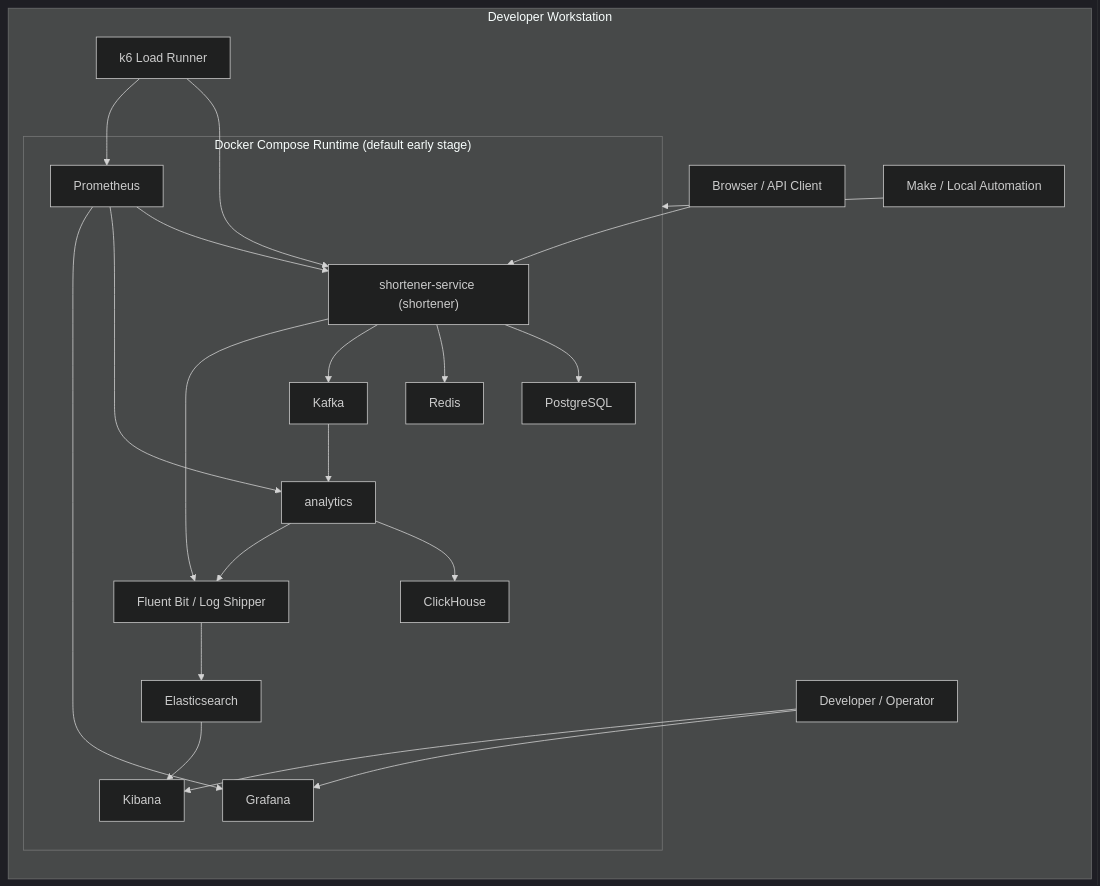
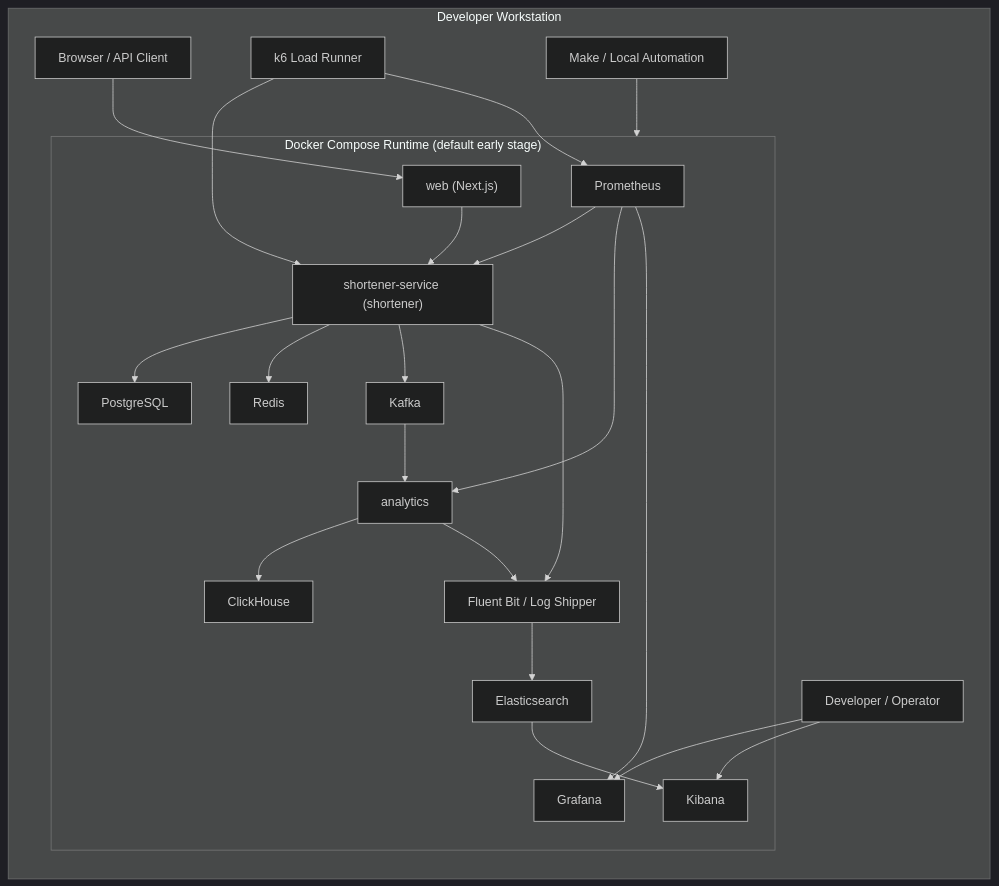
One commit to fev0ks/sandbox_url_shortener changed the first of 7 diagrams in docs/system_design.md. Above: the diagram before and after it, drawn with Mermaid (dark theme). The commit also changed other lines of this file and 45 other files, not shown here.

````diff
--- a/docs/system_design.md
+++ b/docs/system_design.md
@@ -49,43 +50,45 @@
 ```mermaid
 flowchart LR
     subgraph workstation["Developer Workstation"]
         user["Browser / API Client"]
         operator["Developer / Operator"]
         k6["k6 Load Runner"]
         cli["Make / Local Automation"]
 
         subgraph compose["Docker Compose Runtime (default early stage)"]
+            web["web (Next.js)"]
             shortener["shortener-service (shortener)"]
             analytics["analytics"]
             pg["PostgreSQL"]
             redis["Redis"]
             kafka["Kafka"]
             ch["ClickHouse"]
             prom["Prometheus"]
             grafana["Grafana"]
             es["Elasticsearch"]
             kibana["Kibana"]
             shipper["Fluent Bit / Log Shipper"]
         end
     end
 
-    user --> shortener
+    user --> web
+    web --> shortener
     operator --> grafana
     operator --> kibana
     k6 --> shortener
     cli --> compose
 
     shortener --> pg
     shortener --> redis
     shortener --> kafka
     kafka --> analytics
     analytics --> ch
     shortener --> shipper
     analytics --> shipper
     shipper --> es
     es --> kibana
     prom --> shortener
     prom --> analytics
     k6 --> prom
     prom --> grafana
 ```
````
